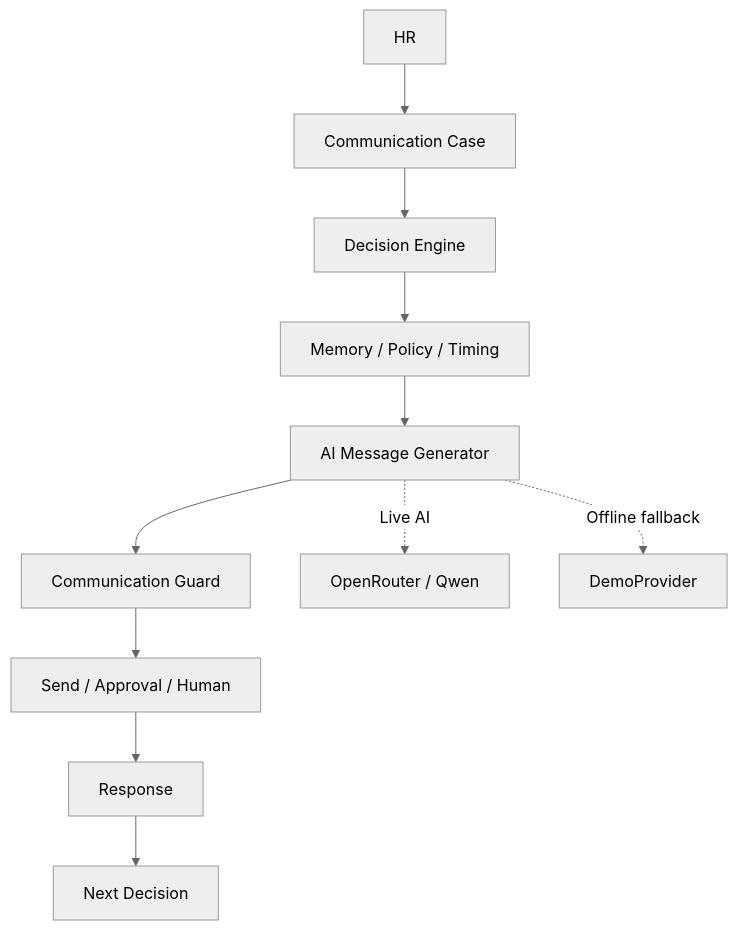
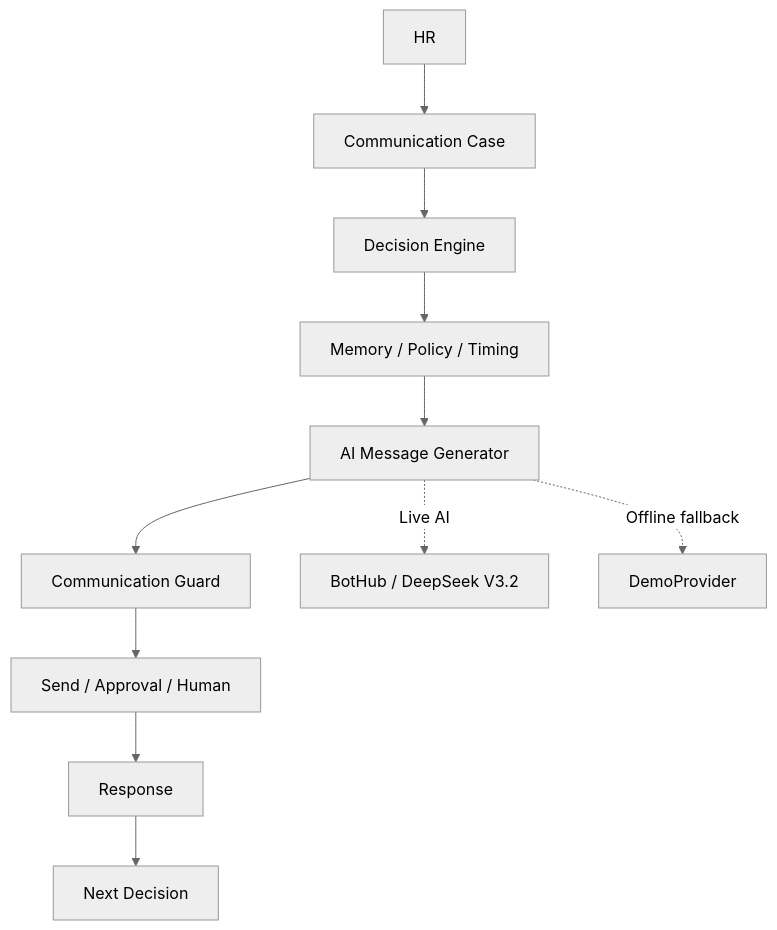
Before and after one commit to SpNkd/hyumanli-hr-assistant: the first of 2 diagrams in README.md, drawn with Mermaid (neutral theme). The commit also changed other lines of this file and 14 other files, not shown here.

````diff
--- a/README.md
+++ b/README.md
@@ -30,13 +30,13 @@
 ```mermaid
 flowchart TD
   HR[HR] --> Case[Communication Case]
   Case --> Decision[Decision Engine]
   Decision --> Context[Memory / Policy / Timing]
   Context --> Generator[AI Message Generator]
   Generator --> Guard[Communication Guard]
   Guard --> Outcome[Send / Approval / Human]
   Outcome --> Response[Response]
   Response --> Next[Next Decision]
-  Generator -. Live AI .-> OpenRouter[OpenRouter / Qwen]
+  Generator -. Live AI .-> Live[BotHub / DeepSeek V3.2]
   Generator -. Offline fallback .-> Demo[DemoProvider]
 ```
````
